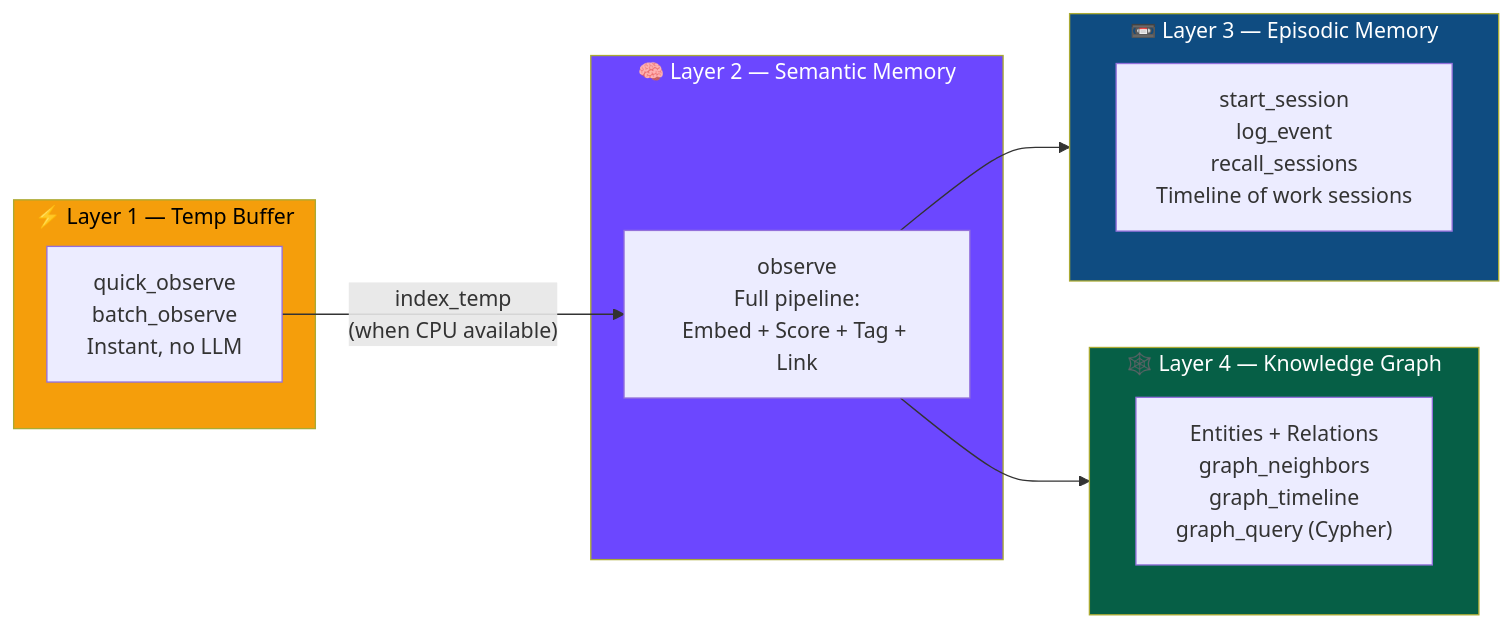
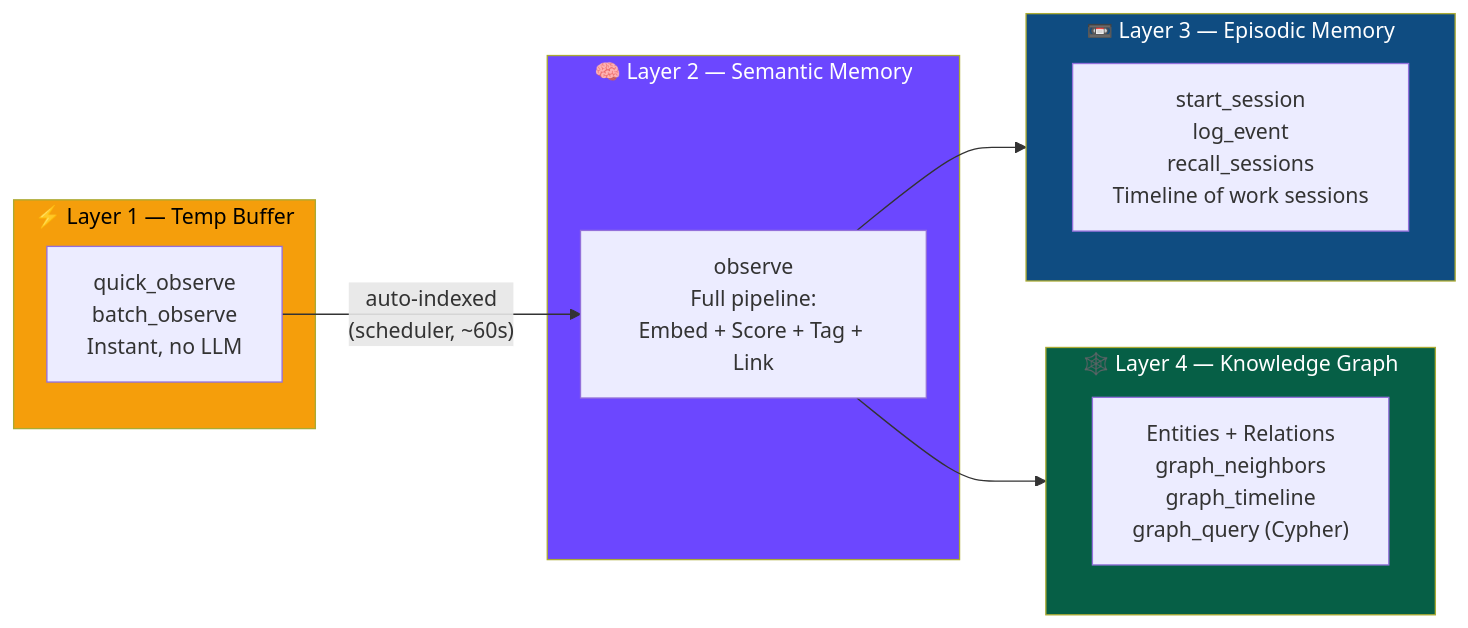
The second of 4 diagrams in README.md (alainrc2005/cortex_memory_mcp), drawn with Mermaid before and after one commit. The commit also changed other lines of this file, not shown here.

First line of the commit message:
docs: update README — buffer auto-indexing is automatic, not manual

````diff
--- a/README.md
+++ b/README.md
@@ -89,27 +89,27 @@
 ```mermaid
 graph LR
     subgraph L1["⚡ Layer 1 — Temp Buffer"]
         QB["quick_observe\nbatch_observe\nInstant, no LLM"]
     end
 
     subgraph L2["🧠 Layer 2 — Semantic Memory"]
         OB["observe\nFull pipeline:\nEmbed + Score + Tag + Link"]
     end
 
     subgraph L3["📼 Layer 3 — Episodic Memory"]
         EP["start_session\nlog_event\nrecall_sessions\nTimeline of work sessions"]
     end
 
     subgraph L4["🕸️ Layer 4 — Knowledge Graph"]
         KG["Entities + Relations\ngraph_neighbors\ngraph_timeline\ngraph_query (Cypher)"]
     end
 
-    QB --"index_temp\n(when CPU available)"--> OB
+    QB --"auto-indexed\n(scheduler, ~60s)"--> OB
     OB --> L3
     OB --> L4
 
     style L1 fill:#F59E0B,color:#000
     style L2 fill:#6C47FF,color:#fff
     style L3 fill:#0F4C81,color:#fff
     style L4 fill:#065F46,color:#fff
 ```
````
